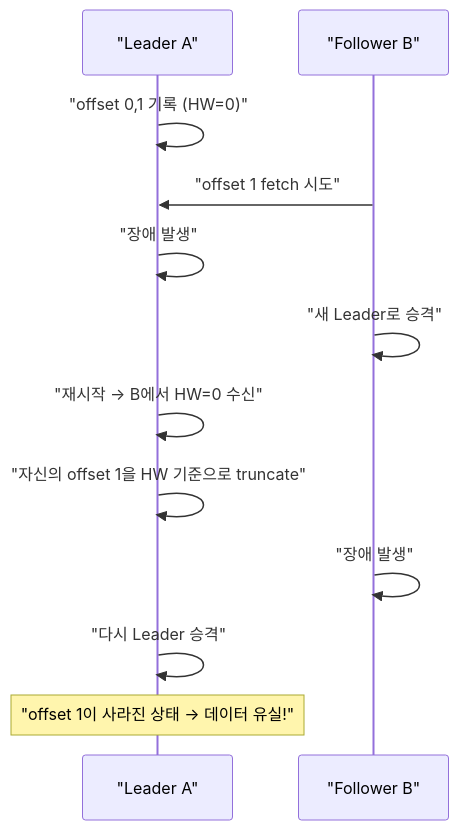
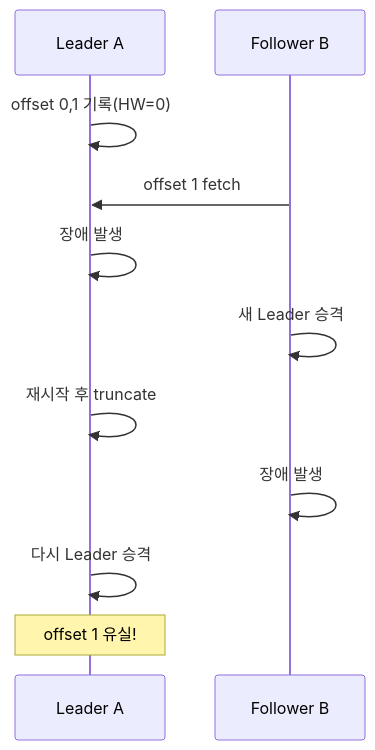
One commit to yjkim2015/yjkim2015.github.io changed the fourth of 8 diagrams in _posts/kafka/2026-05-01-kafka-replication.md. Above: the diagram before and after it, drawn with Mermaid. The commit also changed other lines of this file and 155 other files, not shown here.

First line of the commit message:
Mermaid 전면 수정: subgraph 제거, participant/노드/줄수 축소 (342블록)

````diff
--- a/_posts/kafka/2026-05-01-kafka-replication.md
+++ b/_posts/kafka/2026-05-01-kafka-replication.md
@@ -118,14 +112,13 @@
 ```mermaid
 sequenceDiagram
-    participant A as "Leader A"
-    participant B as "Follower B"
-    A ->> A: "offset 0,1 기록 (HW=0)"
-    B ->> A: "offset 1 fetch 시도"
-    A ->> A: "장애 발생"
-    B ->> B: "새 Leader로 승격"
-    A ->> A: "재시작 → B에서 HW=0 수신"
-    A ->> A: "자신의 offset 1을 HW 기준으로 truncate"
-    B ->> B: "장애 발생"
-    A ->> A: "다시 Leader 승격"
-    Note over A: "offset 1이 사라진 상태 → 데이터 유실!"
+    participant A as Leader A
+    participant B as Follower B
+    A ->> A: offset 0,1 기록(HW=0)
+    B ->> A: offset 1 fetch
+    A ->> A: 장애 발생
+    B ->> B: 새 Leader 승격
+    A ->> A: 재시작 후 truncate
+    B ->> B: 장애 발생
+    A ->> A: 다시 Leader 승격
+    Note over A: offset 1 유실!
 ```
````
